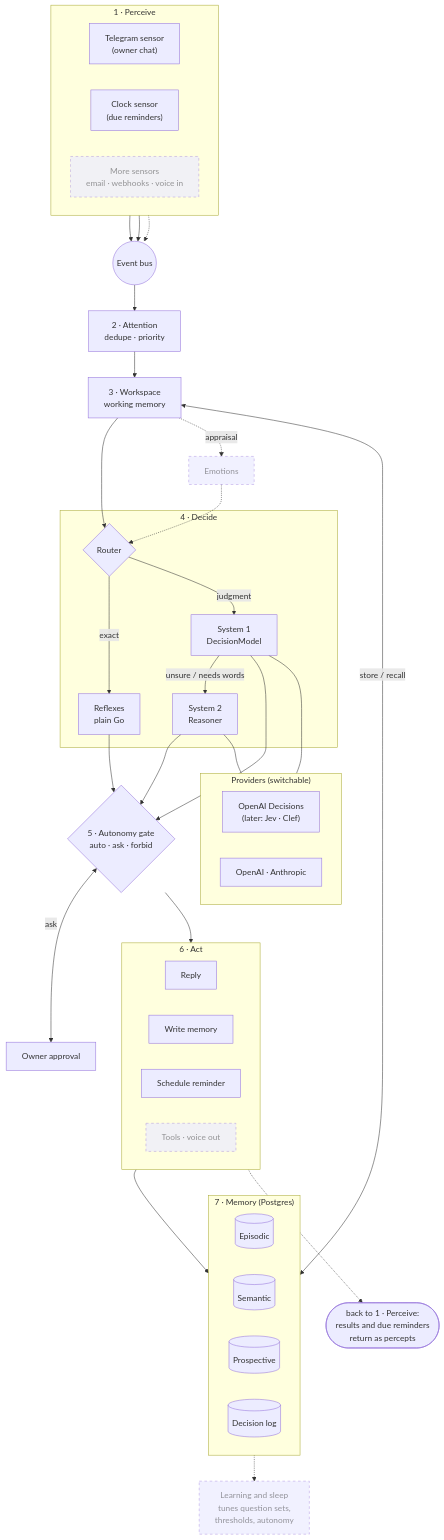
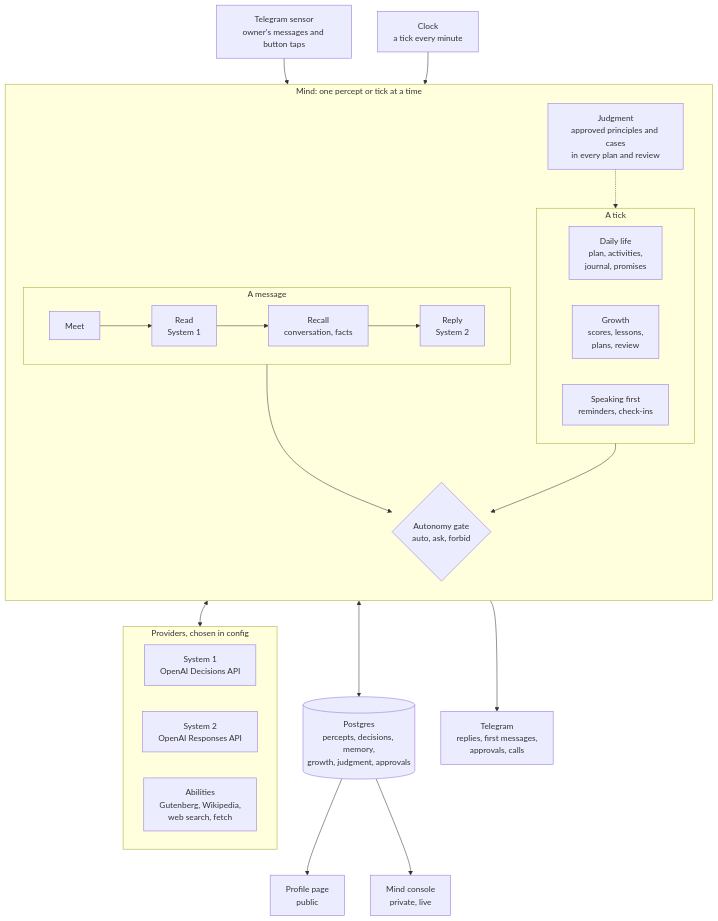
The diagram in docs/ARCHITECTURE.md (Grandbusta/minime), drawn with Mermaid before and after one commit. The commit also changed other lines of this file and 60 other files, not shown here.

First line of the commit message:
Ship five lives, keep yours private, and deepen judgment

````diff
--- a/docs/ARCHITECTURE.md
+++ b/docs/ARCHITECTURE.md
@@ -86,70 +14,43 @@
 ```mermaid
 flowchart TB
-    subgraph PERCEIVE["1 · Perceive"]
-        direction LR
-        TGS["Telegram sensor<br/>(owner chat)"]
-        CLS["Clock sensor<br/>(due reminders)"]
-        MORE["More sensors<br/>email · webhooks · voice in"]:::later
+    TG["Telegram sensor<br/>owner's messages and button taps"]
+    CLK["Clock<br/>a tick every minute"]
+
+    subgraph MIND["Mind: one percept or tick at a time"]
+        direction TB
+        subgraph MSG["A message"]
+            direction LR
+            MEET["Meet"] --> READ["Read<br/>System 1"] --> RECALL["Recall<br/>conversation, facts"] --> REASON["Reply<br/>System 2"]
+        end
+        subgraph DAY["A tick"]
+            direction LR
+            LIFE["Daily life<br/>plan, activities,<br/>journal, promises"]
+            GROW["Growth<br/>scores, lessons,<br/>plans, review"]
+            SPEAK["Speaking first<br/>reminders, check-ins"]
+        end
+        JUDGE["Judgment<br/>approved principles and cases<br/>in every plan and review"]
+        GATE{"Autonomy gate<br/>auto, ask, forbid"}
+        MSG & DAY --> GATE
+        JUDGE -.-> DAY
     end
 
-    BUS(("Event bus"))
-    ATT["2 · Attention<br/>dedupe · priority"]
-    WS["3 · Workspace<br/>working memory"]
-
-    subgraph DECIDE["4 · Decide"]
-        ROUTER{"Router"}
-        REFLEX["Reflexes<br/>plain Go"]
-        SYS1["System 1<br/>DecisionModel"]
-        SYS2["System 2<br/>Reasoner"]
+    subgraph PROV["Providers, chosen in config"]
+        direction LR
+        S1["System 1<br/>OpenAI Decisions API"]
+        S2["System 2<br/>OpenAI Responses API"]
+        ABIL["Abilities<br/>Gutenberg, Wikipedia,<br/>web search, fetch"]
     end
 
-    subgraph PROVIDERS["Providers (switchable)"]
-        direction LR
-        JEV["OpenAI Decisions<br/>(later: Jev · Clef)"]
-        LLM["OpenAI · Anthropic"]
-    end
+    DB[("Postgres<br/>percepts, decisions, memory,<br/>growth, judgment, approvals")]
 
-    GATE{"5 · Autonomy gate<br/>auto · ask · forbid"}
-    OWNER["Owner approval"]
+    OUTTG["Telegram<br/>replies, first messages,<br/>approvals, calls"]
+    PROF["Profile page<br/>public"]
+    CON["Mind console<br/>private, live"]
 
-    subgraph ACT["6 · Act"]
-        direction LR
-        REPLY["Reply"]
-        MEMW["Write memory"]
-        SCHED["Schedule reminder"]
-        TOOLS["Tools · voice out"]:::later
-    end
-
-    subgraph MEM["7 · Memory (Postgres)"]
-        direction LR
-        EPI[("Episodic")]
-        SEM[("Semantic")]
-        PROS[("Prospective")]
-        DLOG[("Decision log")]
-    end
-
-    EMO["Emotions"]:::later
-    LEARN["Learning and sleep<br/>tunes question sets,<br/>thresholds, autonomy"]:::later
-    LOOP(["back to 1 · Perceive:<br/>results and due reminders<br/>return as percepts"])
-
-    %% Every edge points downward. Loops back up are drawn as the LOOP
-    %% node and two-way edges, because upward edges scramble the layout.
-    TGS & CLS --> BUS
-    MORE -.-> BUS
-    BUS --> ATT --> WS --> ROUTER
-    WS -. "appraisal" .-> EMO -.-> ROUTER
-    ROUTER -- "exact" --> REFLEX
-    ROUTER -- "judgment" --> SYS1
-    SYS1 -- "unsure / needs words" --> SYS2
-    SYS1 --- JEV
-    SYS2 --- LLM
-    REFLEX & SYS1 & SYS2 --> GATE
-    GATE <-- "ask" --> OWNER
-    GATE --> ACT
-    ACT --> MEM
-    WS <-- "store / recall" --> MEM
-    ACT -.-> LOOP
-    MEM -.-> LEARN
-
-    classDef later stroke-dasharray: 5 5,opacity:0.7
+    TG --> MSG
+    CLK --> DAY
+    MIND <--> PROV
+    MIND <--> DB
+    GATE --> OUTTG
+    DB --> PROF & CON
 ```
````
